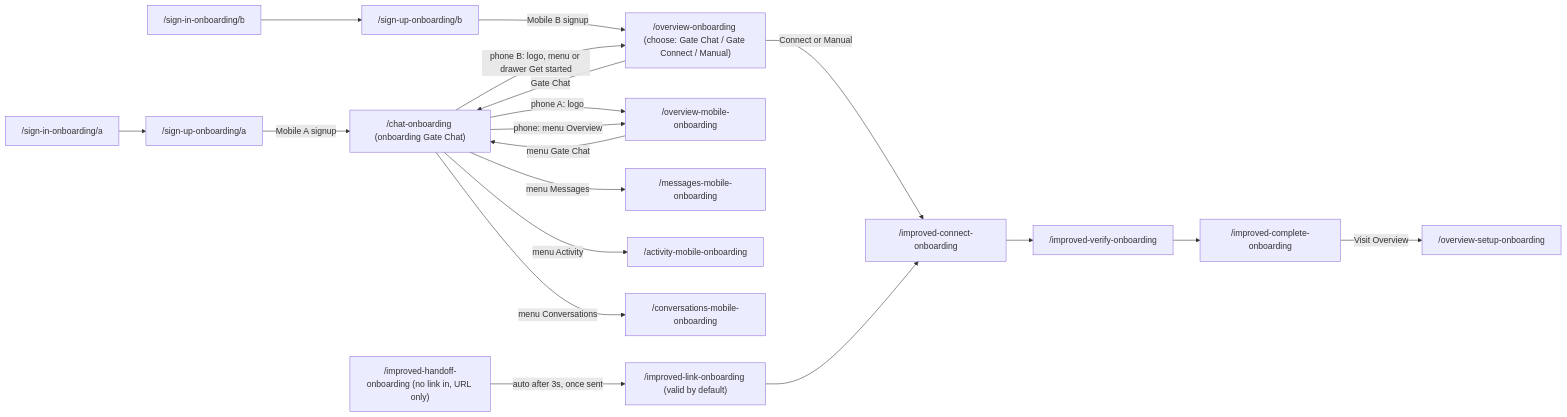
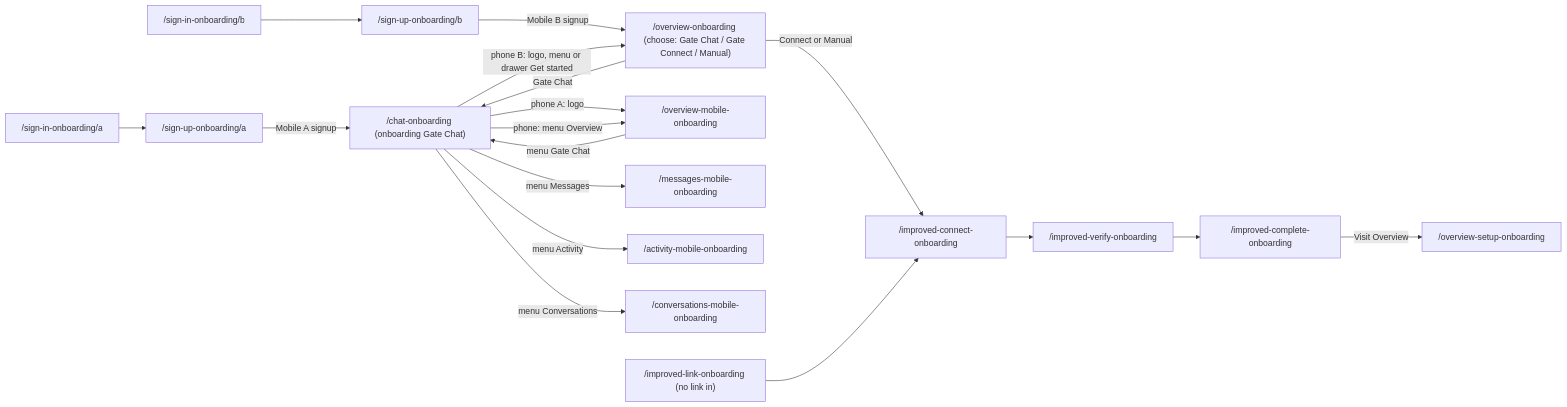
Before and after one commit to Neoneue/gate-ai-build: the third of 6 diagrams in data-model.md, drawn with Mermaid. The commit also changed other lines of this file and 14 other files, not shown here.

Commit message:
feat(onboarding): apply the remaining 10-16 audit fixes (first answer stays in view, one send pattern, signup validates on submit, handoff screen retired)

````diff
--- a/data-model.md
+++ b/data-model.md
@@ -665,21 +677,20 @@
 ```mermaid
 graph LR
     SIO["/sign-in-onboarding/a"] --> SUO["/sign-up-onboarding/a"]
     SUO -->|Mobile A signup| CHO
     SIB["/sign-in-onboarding/b"] --> SUB["/sign-up-onboarding/b"]
     SUB -->|Mobile B signup| OVO
     CHO -->|phone A: logo| MOO["/overview-mobile-onboarding"]
     CHO -->|phone: menu Overview| MOO
     CHO -->|phone B: logo, menu or drawer Get started| OVO
     MOO -->|menu Gate Chat| CHO
     CHO -->|menu Messages| MMO["/messages-mobile-onboarding"]
     CHO -->|menu Activity| MAO["/activity-mobile-onboarding"]
     CHO -->|menu Conversations| MCO["/conversations-mobile-onboarding"]
     OVO["/overview-onboarding (choose: Gate Chat / Gate Connect / Manual)"] -->|Gate Chat| CHO["/chat-onboarding (onboarding Gate Chat)"]
     OVO -->|Connect or Manual| ICO["/improved-connect-onboarding"]
-    IHO["/improved-handoff-onboarding (no link in, URL only)"] -->|auto after 3s, once sent| ILO["/improved-link-onboarding (valid by default)"]
-    ILO --> ICO
+    ILO["/improved-link-onboarding (no link in)"] --> ICO
     ICO --> IVO["/improved-verify-onboarding"]
     IVO --> IDO["/improved-complete-onboarding"]
     IDO -->|Visit Overview| SOO["/overview-setup-onboarding"]
 ```
````
